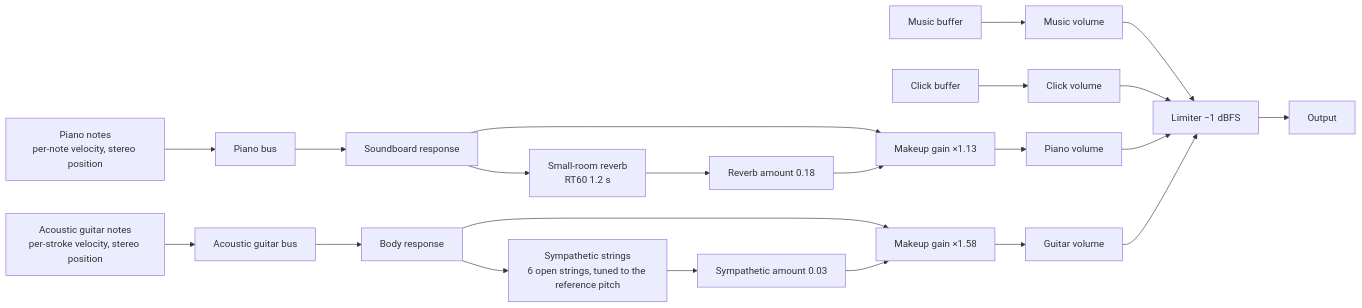
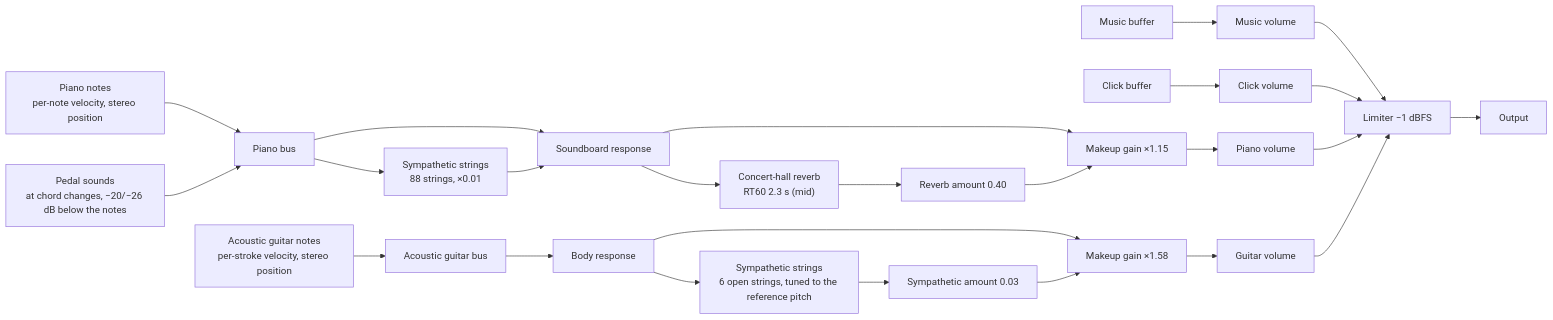
One commit to Velvitty/Chordity changed the third of 3 diagrams in README.en.md. Above: the diagram before and after it, drawn with Mermaid. The commit also changed other lines of this file and 7 other files, not shown here.

````diff
--- a/README.en.md
+++ b/README.en.md
@@ -1419,18 +1419,20 @@
 ```mermaid
 flowchart LR
   M["Music buffer"] --> GM["Music volume"]
   C["Click buffer"] --> GC["Click volume"]
   P["Piano notes<br/>per-note velocity, stereo position"] --> PB["Piano bus"] --> SB["Soundboard response"]
-  SB --> MP["Makeup gain ×1.13"]
-  SB --> RP["Small-room reverb<br/>RT60 1.2 s"] --> WP["Reverb amount 0.18"] --> MP
+  PN["Pedal sounds<br/>at chord changes, −20/−26 dB below the notes"] --> PB
+  PB --> RS["Sympathetic strings<br/>88 strings, ×0.01"] --> SB
+  SB --> MP["Makeup gain ×1.15"]
+  SB --> RP["Concert-hall reverb<br/>RT60 2.3 s (mid)"] --> WP["Reverb amount 0.40"] --> MP
   G["Acoustic guitar notes<br/>per-stroke velocity, stereo position"] --> GB["Acoustic guitar bus"] --> BD["Body response"]
   BD --> MG["Makeup gain ×1.58"]
   BD --> RG["Sympathetic strings<br/>6 open strings, tuned to the reference pitch"] --> WG["Sympathetic amount 0.03"] --> MG
   MP --> GP["Piano volume"]
   MG --> GG["Guitar volume"]
   GM --> L["Limiter −1 dBFS"]
   GC --> L
   GP --> L
   GG --> L
   L --> O["Output"]
 ```
````
